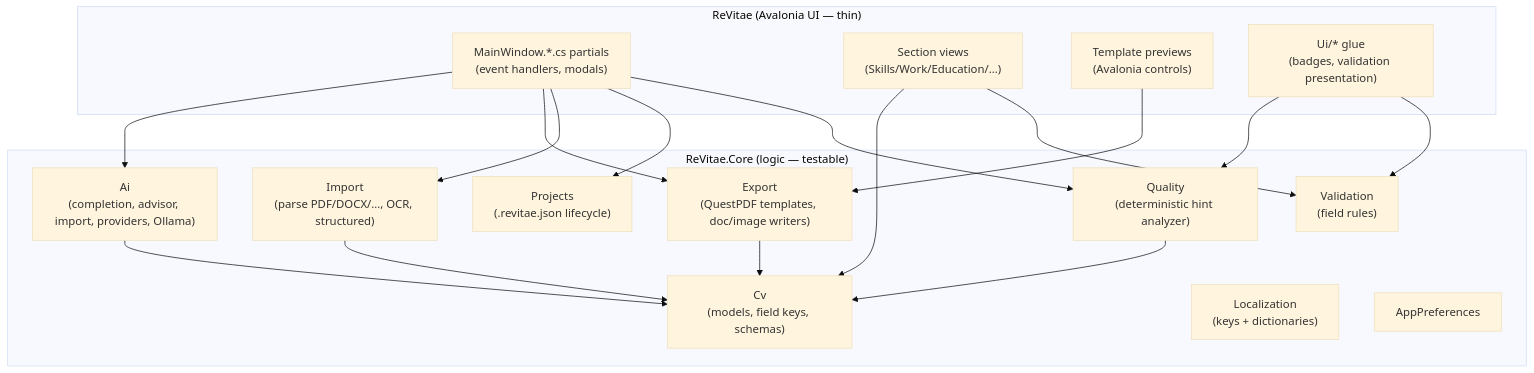
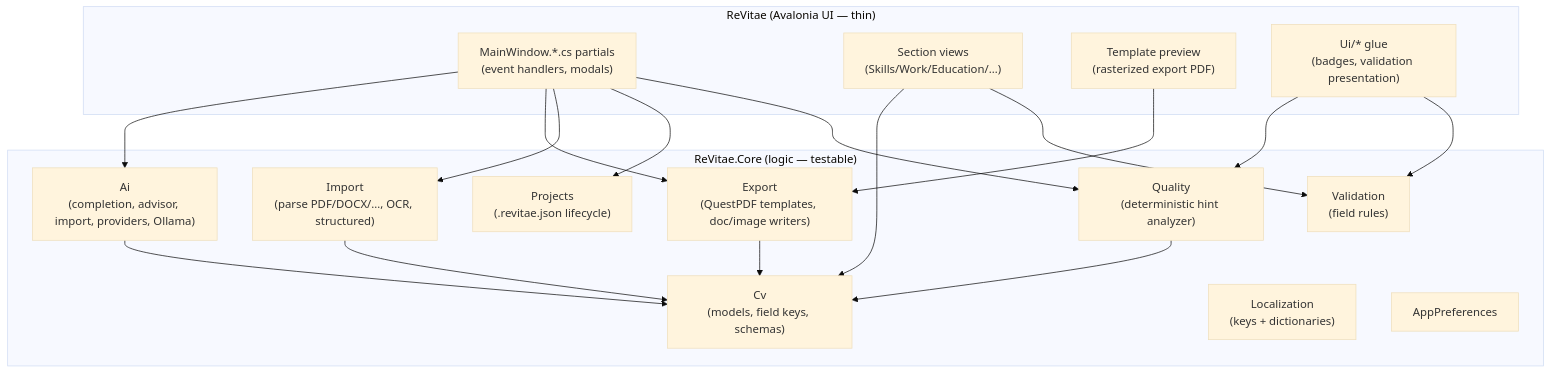
One commit to 01laky/ReVitae changed the diagram in docs/architecture.md. Above: the diagram before and after it, drawn with Mermaid (base theme). The commit also changed other lines of this file and 2 other files, not shown here.

````diff
--- a/docs/architecture.md
+++ b/docs/architecture.md
@@ -7,35 +7,35 @@
 ```mermaid
 flowchart TB
     subgraph UI["ReVitae (Avalonia UI — thin)"]
         MW["MainWindow.*.cs partials\n(event handlers, modals)"]
         SEC["Section views\n(Skills/Work/Education/…)"]
-        PREV["Template previews\n(Avalonia controls)"]
+        PREV["Template preview\n(rasterized export PDF)"]
         UIGLUE["Ui/* glue\n(badges, validation presentation)"]
     end
     subgraph CORE["ReVitae.Core (logic — testable)"]
         CV["Cv\n(models, field keys, schemas)"]
         IMPORT["Import\n(parse PDF/DOCX/…, OCR, structured)"]
         EXPORT["Export\n(QuestPDF templates, doc/image writers)"]
         AI["Ai\n(completion, advisor, import, providers, Ollama)"]
         QUALITY["Quality\n(deterministic hint analyzer)"]
         VALID["Validation\n(field rules)"]
         PROJ["Projects\n(.revitae.json lifecycle)"]
         LOC["Localization\n(keys + dictionaries)"]
         PREFS["AppPreferences"]
     end
 
     MW --> AI
     MW --> EXPORT
     MW --> IMPORT
     MW --> PROJ
     MW --> QUALITY
     SEC --> CV
     SEC --> VALID
     PREV --> EXPORT
     UIGLUE --> QUALITY
     UIGLUE --> VALID
     AI --> CV
     IMPORT --> CV
     EXPORT --> CV
     QUALITY --> CV
 ```
````
